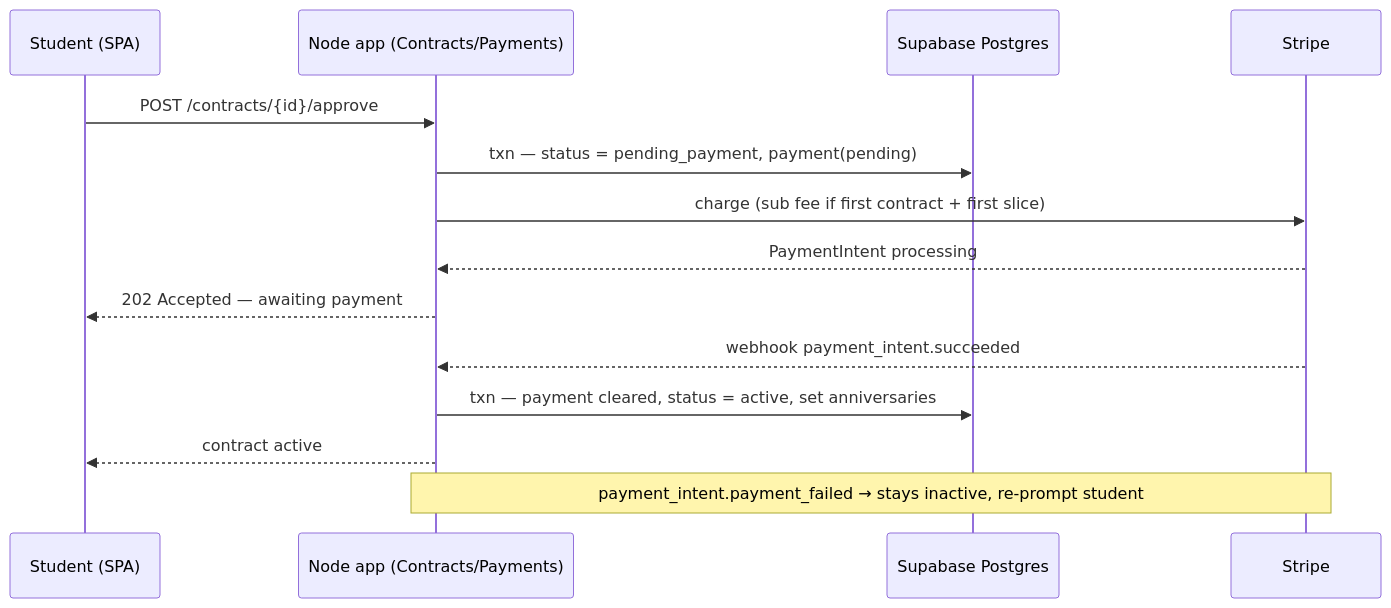
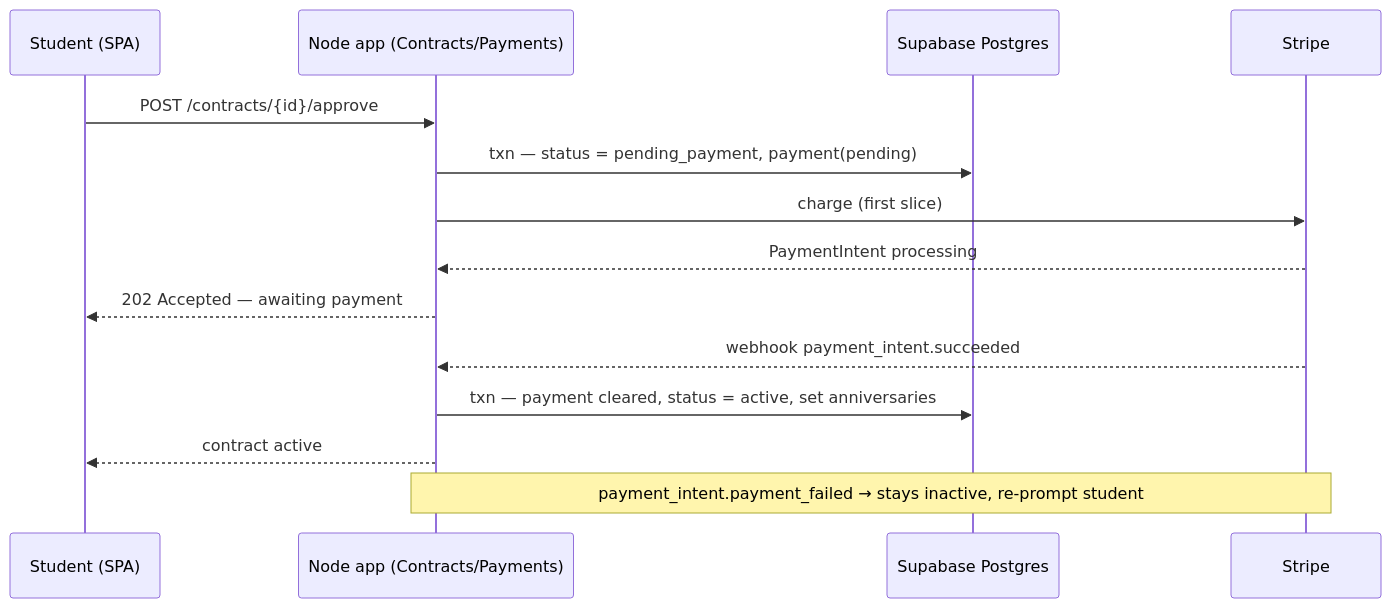
One commit to Vishnu373/nisbah-learning changed the second of 3 diagrams in nisbah-learning-design-doc.md. Above: the diagram before and after it, drawn with Mermaid. The commit also changed other lines of this file and 1 other file, not shown here.

````diff
--- a/nisbah-learning-design-doc.md
+++ b/nisbah-learning-design-doc.md
@@ -117,19 +117,19 @@
 ```mermaid
 sequenceDiagram
     participant S as Student (SPA)
     participant App as Node app (Contracts/Payments)
     participant DB as Supabase Postgres
     participant Stripe as Stripe
 
     S->>App: POST /contracts/{id}/approve
     App->>DB: txn — status = pending_payment, payment(pending)
-    App->>Stripe: charge (sub fee if first contract + first slice)
+    App->>Stripe: charge (first slice)
     Stripe-->>App: PaymentIntent processing
     App-->>S: 202 Accepted — awaiting payment
 
     Stripe-->>App: webhook payment_intent.succeeded
     App->>DB: txn — payment cleared, status = active, set anniversaries
     App-->>S: contract active
 
     Note over App,Stripe: payment_intent.payment_failed → stays inactive, re-prompt student
 ```
````
